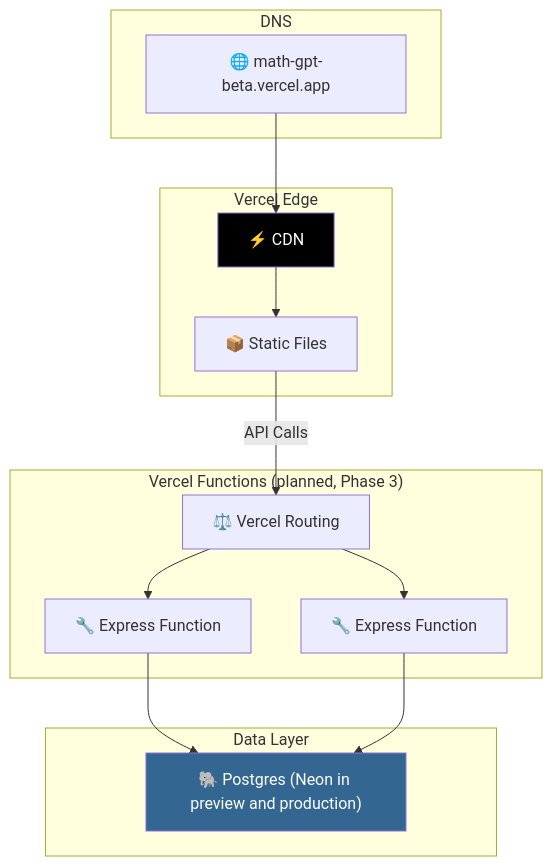
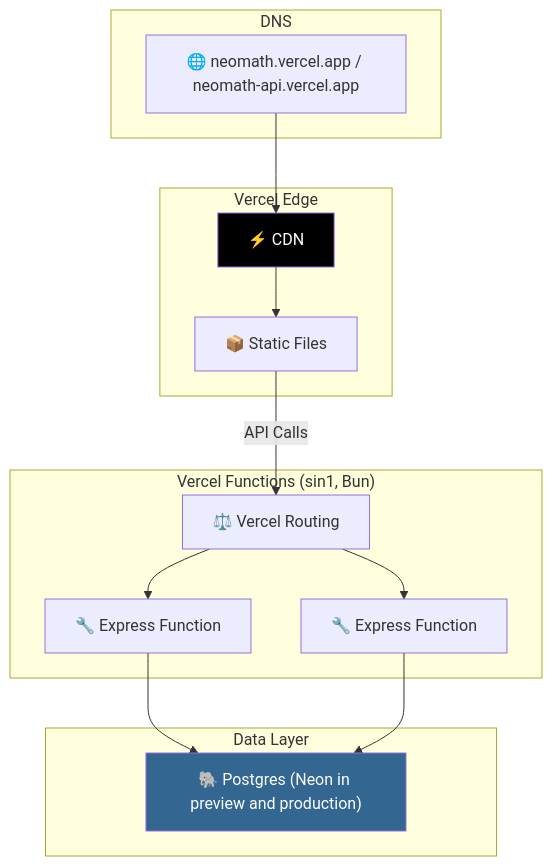
The eighth of 8 diagrams in docs/architecture.md (AbhishekBalija/MathGPT), drawn with Mermaid before and after one commit. The commit also changed other lines of this file and 4 other files, not shown here.

````diff
--- a/docs/architecture.md
+++ b/docs/architecture.md
@@ -409,32 +511,32 @@
 ```mermaid
 graph TB
     subgraph "DNS"
-        DOMAIN["🌐 math-gpt-beta.vercel.app"]
+        DOMAIN["🌐 neomath.vercel.app / neomath-api.vercel.app"]
     end
 
     subgraph "Vercel Edge"
         CDN["⚡ CDN"]
         SSR["📦 Static Files"]
     end
 
-    subgraph "Vercel Functions (planned, Phase 3)"
+    subgraph "Vercel Functions (sin1, Bun)"
         LB["⚖️ Vercel Routing"]
         APP1["🔧 Express Function"]
         APP2["🔧 Express Function"]
     end
 
     subgraph "Data Layer"
         POSTGRES_DB["🐘 Postgres (Neon in preview and production)"]
     end
 
     DOMAIN --> CDN
     CDN --> SSR
     SSR -->|API Calls| LB
     LB --> APP1
     LB --> APP2
     APP1 --> POSTGRES_DB
     APP2 --> POSTGRES_DB
 
     style CDN fill:#000,color:#fff
     style POSTGRES_DB fill:#336791,color:#fff
 ```
````
